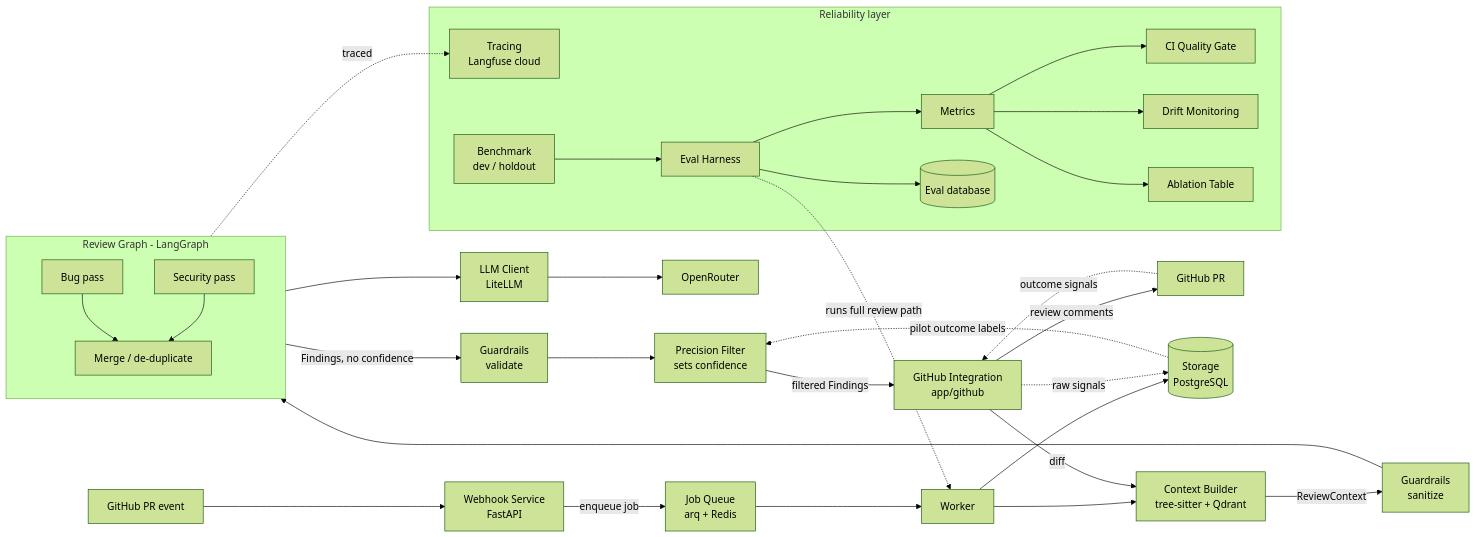
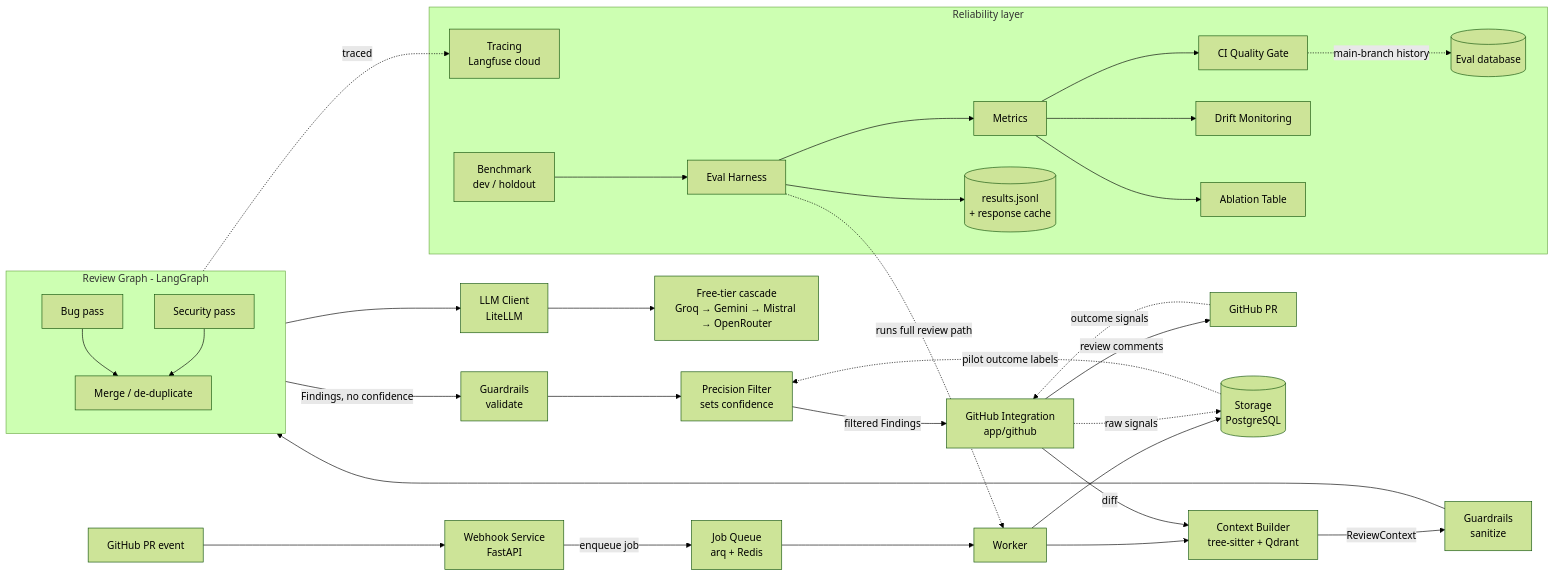
The diagram in docs/vault/02 Architecture/Architecture Overview.md (Daksha1611/Themis), drawn with Mermaid (forest theme) before and after one commit. The commit also changed other lines of this file and 102 other files, not shown here.

````diff
--- a/docs/vault/02 Architecture/Architecture Overview.md
+++ b/docs/vault/02 Architecture/Architecture Overview.md
@@ -25,36 +27,37 @@
 ```mermaid
 flowchart LR
     GH[GitHub PR event] --> WH[Webhook Service<br/>FastAPI]
     WH -->|enqueue job| Q[Job Queue<br/>arq + Redis]
     Q --> W[Worker]
     W --> CB[Context Builder<br/>tree-sitter + Qdrant]
     GI[GitHub Integration<br/>app/github] -->|diff| CB
     CB -->|ReviewContext| GS[Guardrails<br/>sanitize]
     GS --> RG
     subgraph RG[Review Graph - LangGraph]
         BP[Bug pass] --> M[Merge / de-duplicate]
         SP[Security pass] --> M
     end
     RG -->|Findings, no confidence| GV[Guardrails<br/>validate]
     GV --> PF[Precision Filter<br/>sets confidence]
     PF -->|filtered Findings| GI
     GI -->|review comments| GH2[GitHub PR]
     RG --> LLM[LLM Client<br/>LiteLLM]
-    LLM --> OR[OpenRouter]
+    LLM --> CAS[Free-tier cascade<br/>Groq → Gemini → Mistral → OpenRouter]
     W --> DB[(Storage<br/>PostgreSQL)]
     GH2 -.outcome signals.-> GI
     GI -.raw signals.-> DB
     DB -.pilot outcome labels.-> PF
 
     subgraph REL[Reliability layer]
         T[Tracing<br/>Langfuse cloud]
         B[Benchmark<br/>dev / holdout] --> EH[Eval Harness]
         EH --> MET[Metrics]
         MET --> CI[CI Quality Gate]
         MET --> DM[Drift Monitoring]
         MET --> AB[Ablation Table]
-        EH --> EDB[(Eval database)]
+        EH --> RJ[(results.jsonl<br/>+ response cache)]
+        CI -.main-branch history.-> EDB[(Eval database)]
     end
     RG -.traced.-> T
     EH -.runs full review path.-> W
 ```
````
